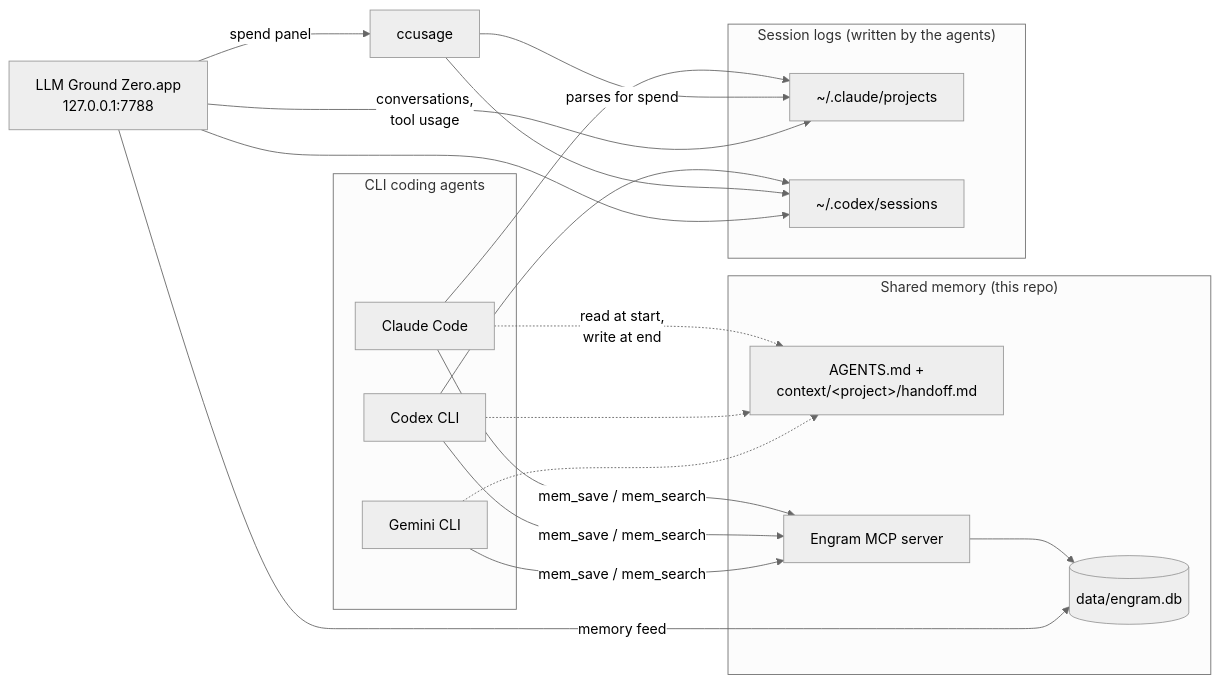
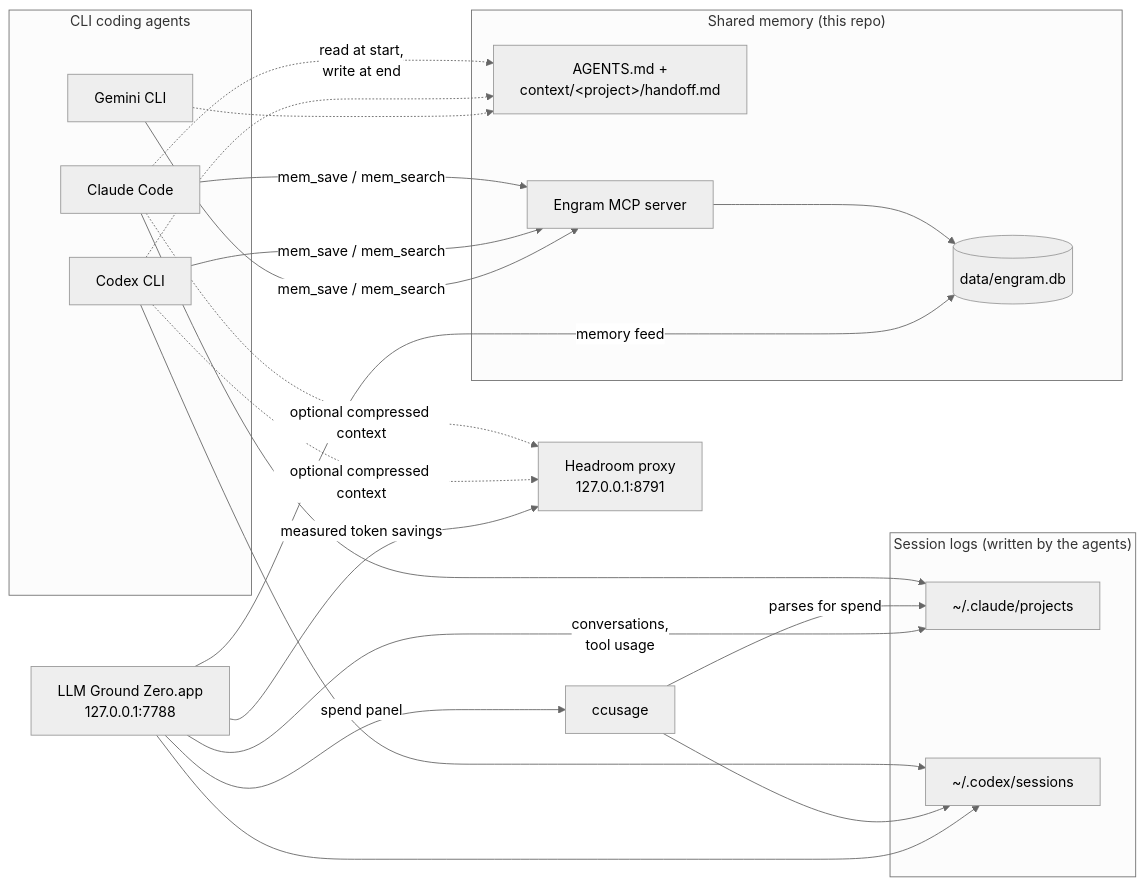
Before and after one commit to douglas-vaz/llm-ground-zero: the diagram in README.md, drawn with Mermaid (neutral theme). The commit also changed other lines of this file and 19 other files, not shown here.

Commit message:
feat: add optional headroom integration

````diff
--- a/README.md
+++ b/README.md
@@ -68,39 +93,43 @@
 ```mermaid
 flowchart LR
     subgraph agents["CLI coding agents"]
         CC["Claude Code"]
         CX["Codex CLI"]
         GM["Gemini CLI"]
     end
 
     subgraph shared["Shared memory (this repo)"]
         HF["AGENTS.md +<br>context/&lt;project&gt;/handoff.md"]
         EN["Engram MCP server"]
         DB[("data/engram.db")]
     end
 
     subgraph sessions["Session logs (written by the agents)"]
         CL["~/.claude/projects"]
         CO["~/.codex/sessions"]
     end
 
     APP["LLM Ground Zero.app<br>127.0.0.1:7788"]
     CU["ccusage"]
+    HR["Headroom proxy<br>127.0.0.1:8791"]
 
     CC -- "mem_save / mem_search" --> EN
     CX -- "mem_save / mem_search" --> EN
     GM -- "mem_save / mem_search" --> EN
     EN --> DB
     CC -. "read at start,<br>write at end" .-> HF
     CX -.-> HF
     GM -.-> HF
     CC --> CL
     CX --> CO
 
     CU -- "parses for spend" --> CL
     CU --> CO
     APP -- "spend panel" --> CU
     APP -- "conversations,<br>tool usage" --> CL
     APP --> CO
     APP -- "memory feed" --> DB
+    CC -. "optional compressed context" .-> HR
+    CX -. "optional compressed context" .-> HR
+    APP -- "measured token savings" --> HR
 ```
````
